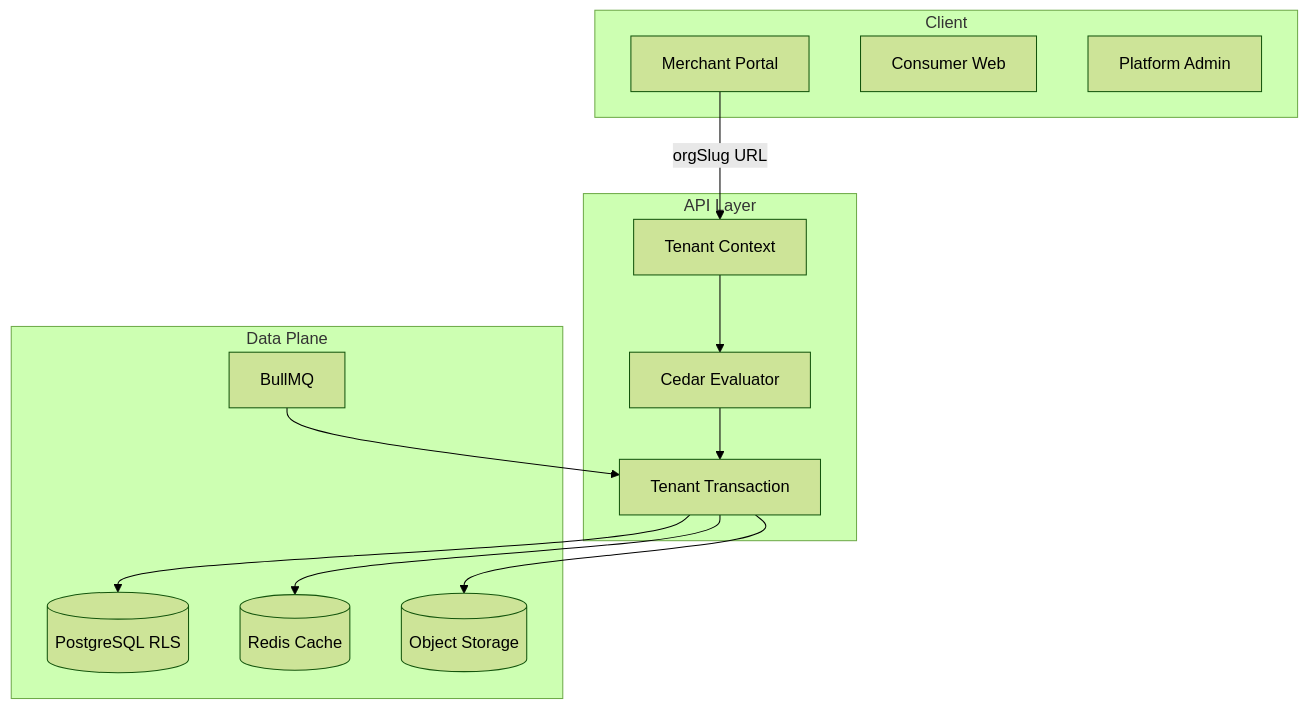
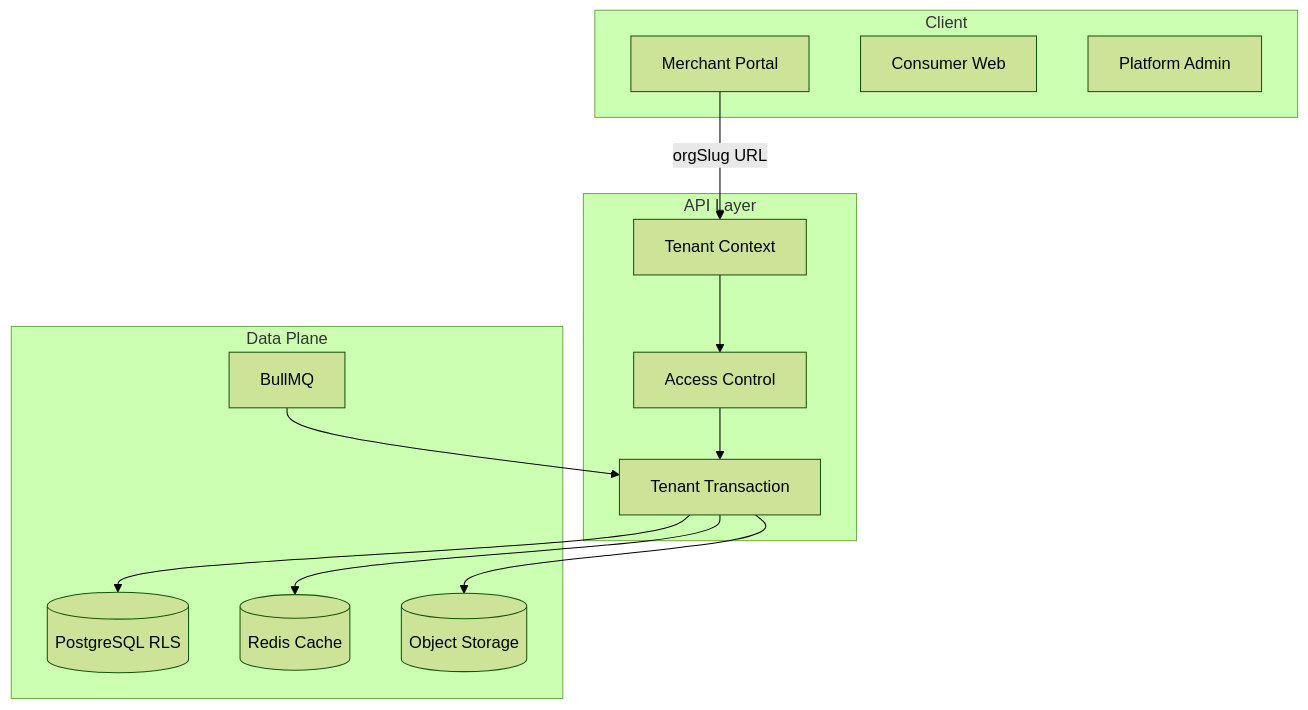
One commit to patelzz007/nestjs-nextjs-turborepo-starter-kit changed the diagram in docs/technical/security/threat-model.md. Above: the diagram before and after it, drawn with Mermaid (forest theme). The commit also changed other lines of this file and 685 other files, not shown here.

````diff
--- a/docs/technical/security/threat-model.md
+++ b/docs/technical/security/threat-model.md
@@ -32,26 +32,26 @@
 ```mermaid
 flowchart TB
   subgraph client [Client]
     MerchantUI[Merchant Portal]
     WebUI[Consumer Web]
     AdminUI[Platform Admin]
   end
   subgraph api [API Layer]
     OrgCtx[Tenant Context]
-    Cedar[Cedar Evaluator]
+    Access[Access Control]
     TenantTx[Tenant Transaction]
   end
   subgraph data [Data Plane]
     PG[(PostgreSQL RLS)]
     Redis[(Redis Cache)]
     S3[(Object Storage)]
     Queue[BullMQ]
   end
   MerchantUI -->|orgSlug URL| OrgCtx
-  OrgCtx --> Cedar
-  Cedar --> TenantTx
+  OrgCtx --> Access
+  Access --> TenantTx
   TenantTx --> PG
   TenantTx --> Redis
   TenantTx --> S3
   Queue --> TenantTx
 ```
````
